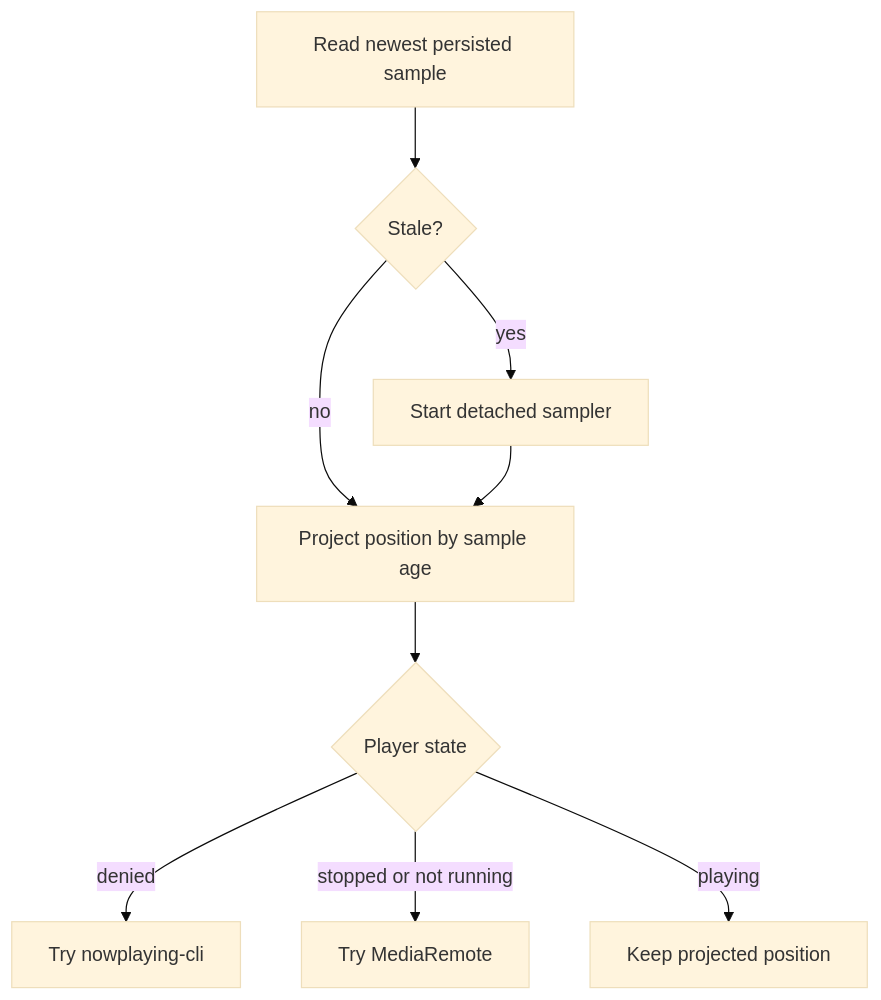
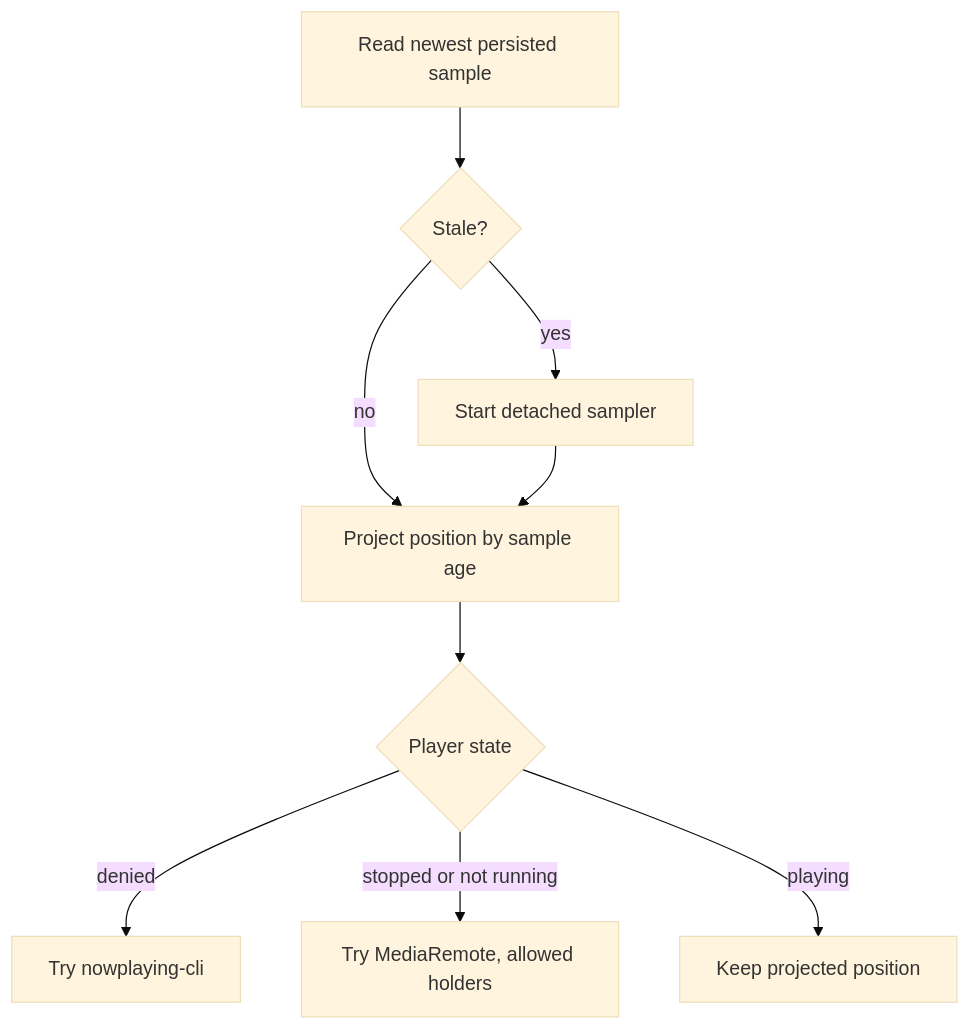
One commit to zhenyulin/AgenticTouchBar changed the first of 9 diagrams in specs/design/LYRICS.md. Above: the diagram before and after it, drawn with Mermaid (base theme). The commit also changed other lines of this file and 4 other files, not shown here.

````diff
--- a/specs/design/LYRICS.md
+++ b/specs/design/LYRICS.md
@@ -54,11 +54,11 @@
 ```mermaid
 flowchart TD
     A[Read newest persisted sample] --> B{"Stale?"}
     B -->|no| C[Project position by sample age]
     B -->|yes| D[Start detached sampler]
     D --> C
     C --> E{Player state}
     E -->|denied| F[Try nowplaying-cli]
-    E -->|stopped or not running| G[Try MediaRemote]
+    E -->|stopped or not running| G[Try MediaRemote, allowed holders]
     E -->|playing| H[Keep projected position]
 ```
````
